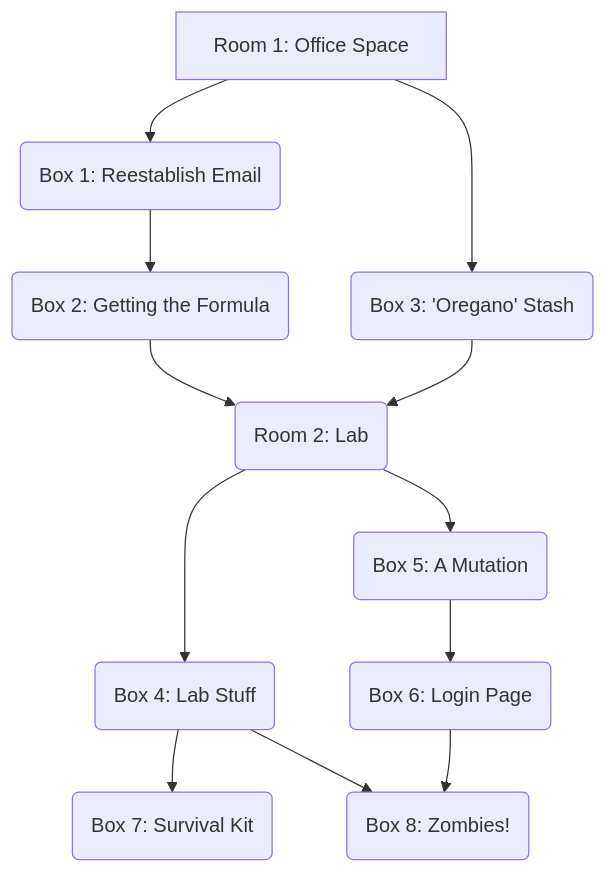
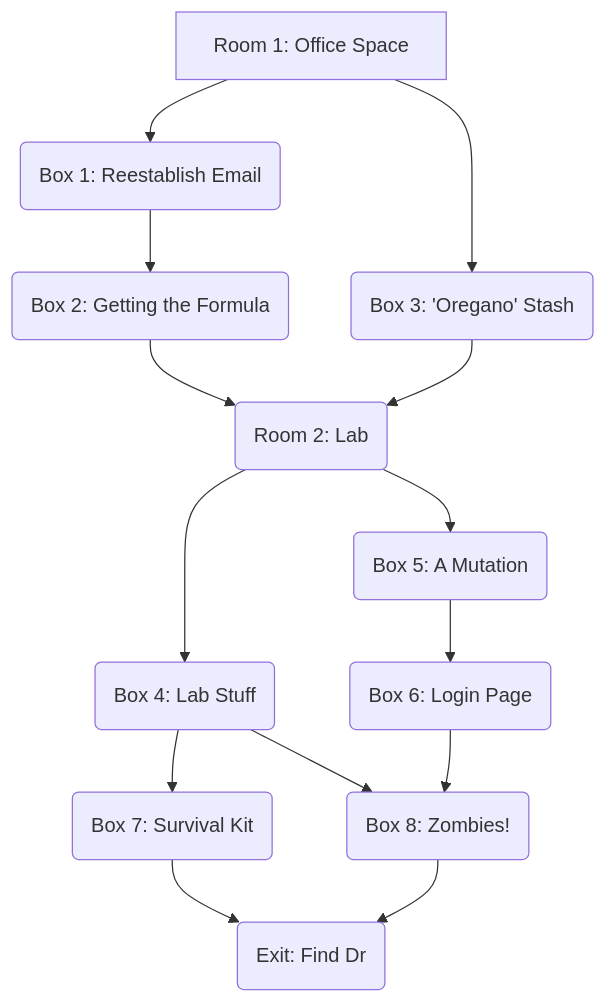
The diagram in content/rooms/virus/index.md (open-sesame-escape/open-sesame-escape.github.io), drawn with Mermaid before and after one commit. The commit also changed other lines of this file and 1 other file, not shown here.

Commit message:
Add exit section to virus room

```diff
--- a/content/rooms/virus/index.md
+++ b/content/rooms/virus/index.md
@@ -342,13 +365,14 @@
 {{< mermaid align="center" >}}
 graph TB;
   R1[Room 1: Office Space] --> B1 & B3
   B1(Box 1: Reestablish Email) --> B2
   B2(Box 2: Getting the Formula) --> R2
   B3(Box 3: 'Oregano' Stash) --> R2
   R2(Room 2: Lab) --> B4 & B5
   B4(Box 4: Lab Stuff) --> B7 & B8
   B5(Box 5: A Mutation) --> B6
   B6(Box 6: Login Page) --> B8
-  B7(Box 7: Survival Kit)
-  B8(Box 8: Zombies!)
+  B7(Box 7: Survival Kit) --> E
+  B8(Box 8: Zombies!) --> E
+  E(Exit: Find Dr)
 {{< /mermaid >}}
```
